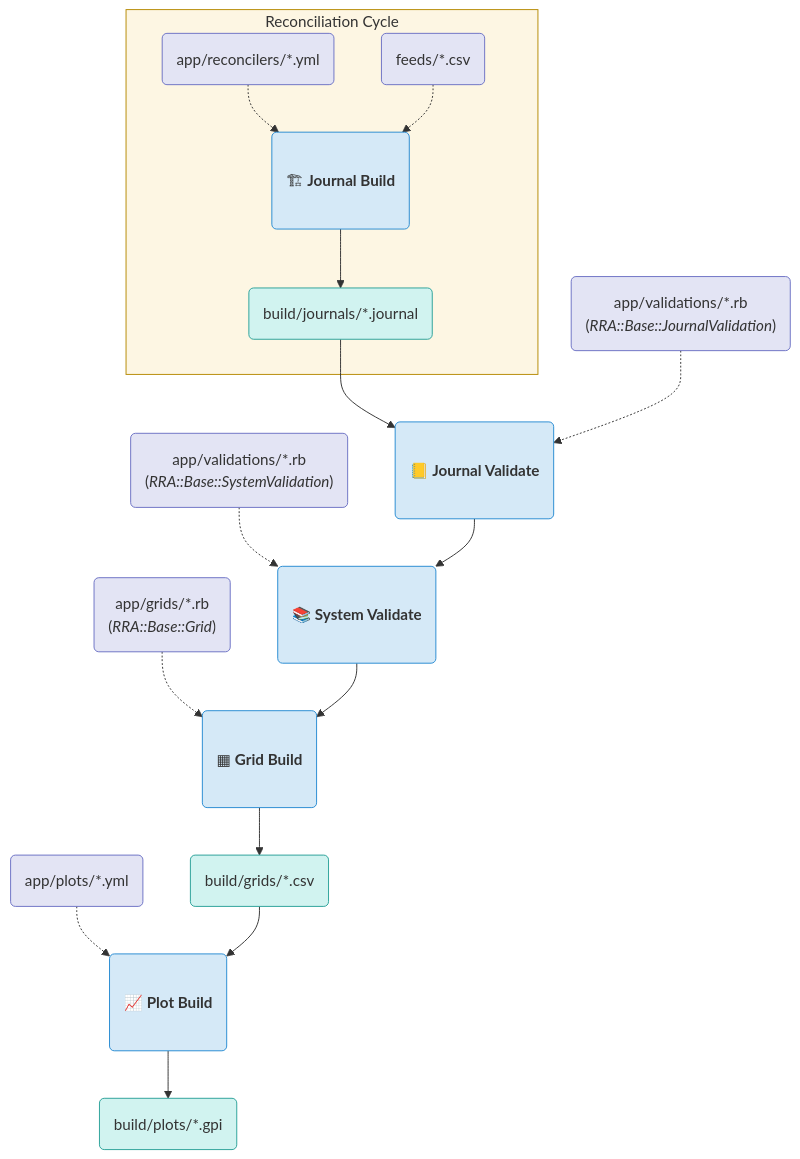
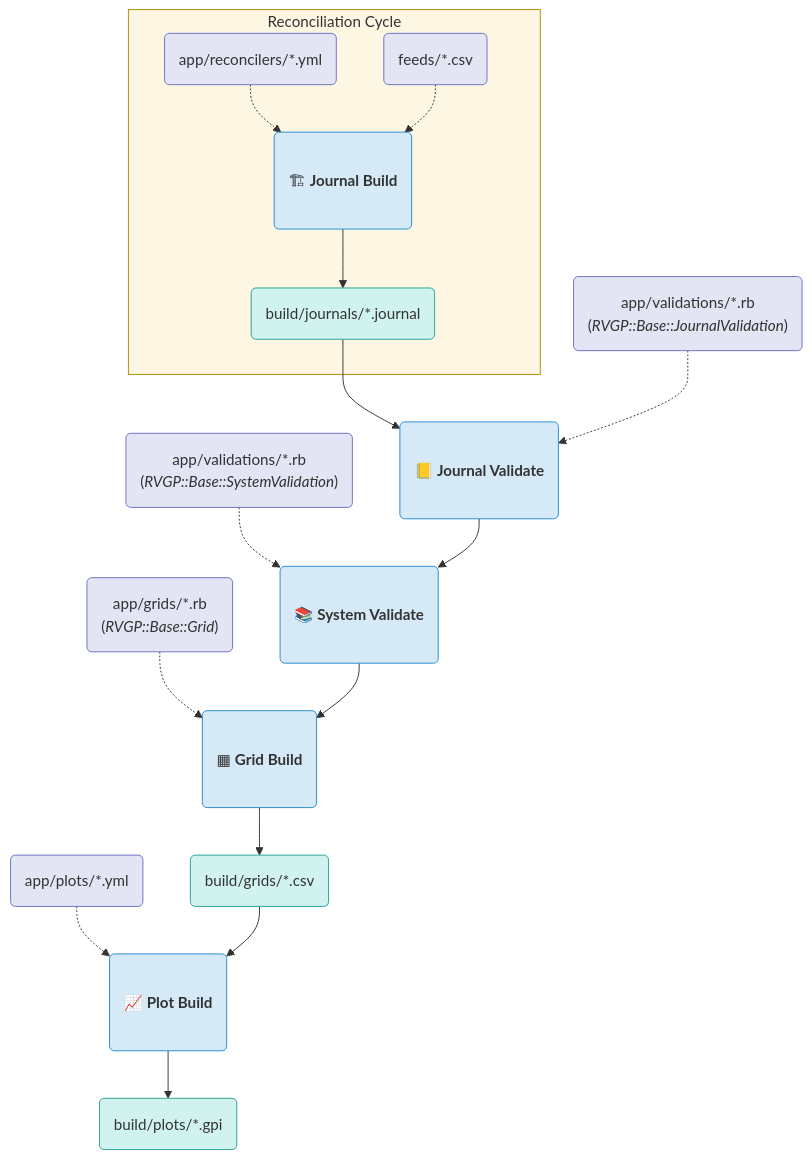
The diagram in README.md (brighton36/rvgp), drawn with Mermaid before and after one commit. The commit also changed other lines of this file and 76 other files, not shown here.

Commit message:
Replaced RRA to RVGP

````diff
--- a/README.md
+++ b/README.md
@@ -152,38 +152,38 @@
 ```mermaid
   graph TD;
     subgraph Reconciliation[Reconciliation Cycle]
       Reconcilers("app/reconcilers/*.yml").->JournalBuild("<br>🏗 <b>Journal Build</b><br><br>");
       Feeds("feeds/*.csv").->JournalBuild;
       JournalBuild-->JournalOutput("build/journals/*.journal");
     end
     JournalOutput-->JValidations;
-    JValidationInput("app/validations/*.rb<br>(<i>RRA::Base::JournalValidation</i>)").->JValidations;
+    JValidationInput("app/validations/*.rb<br>(<i>RVGP::Base::JournalValidation</i>)").->JValidations;
     JValidations("<br>📒 <b>Journal Validate</b><br><br>");
-    SValidationInput("app/validations/*.rb<br>(<i>RRA::Base::SystemValidation</i>)").->SValidations;
+    SValidationInput("app/validations/*.rb<br>(<i>RVGP::Base::SystemValidation</i>)").->SValidations;
     JValidations-->SValidations("<br>📚 <b>System Validate</b><br><br>");
-    GridInput("app/grids/*.rb<br>(<i>RRA::Base::Grid</i>)").->GridBuild("<br>▦ <b>Grid Build</b><br><br>");
+    GridInput("app/grids/*.rb<br>(<i>RVGP::Base::Grid</i>)").->GridBuild("<br>▦ <b>Grid Build</b><br><br>");
     SValidations-->GridBuild;
     GridBuild-->GridOutput("build/grids/*.csv");
     PlotInput("app/plots/*.yml").->PlotBuild("<br>📈 <b>Plot Build</b><br><br>");
     GridOutput-->PlotBuild;
     PlotBuild-->PlotOutput("build/plots/*.gpi");
     
     style Reconciliation fill:#fdf6e3,stroke:#b58900;
 
     style Reconcilers fill:#e3e4f4,stroke:#6c71c4;
     style Feeds fill:#e3e4f4,stroke:#6c71c4;
     style JValidationInput fill:#e3e4f4,stroke:#6c71c4;
     style SValidationInput fill:#e3e4f4,stroke:#6c71c4;
     style GridInput fill:#e3e4f4,stroke:#6c71c4;
     style PlotInput fill:#e3e4f4,stroke:#6c71c4;
     
     style JournalOutput fill:#d1f3f0,stroke:#2aa198;
     style GridOutput fill:#d1f3f0,stroke:#2aa198;
     style PlotOutput fill:#d1f3f0,stroke:#2aa198;
 
     style JournalBuild fill:#d5e9f7,stroke:#268bd2;
     style JValidations fill:#d5e9f7,stroke:#268bd2;
     style SValidations fill:#d5e9f7,stroke:#268bd2;
     style GridBuild fill:#d5e9f7,stroke:#268bd2;
     style PlotBuild fill:#d5e9f7,stroke:#268bd2;
 ```
````
